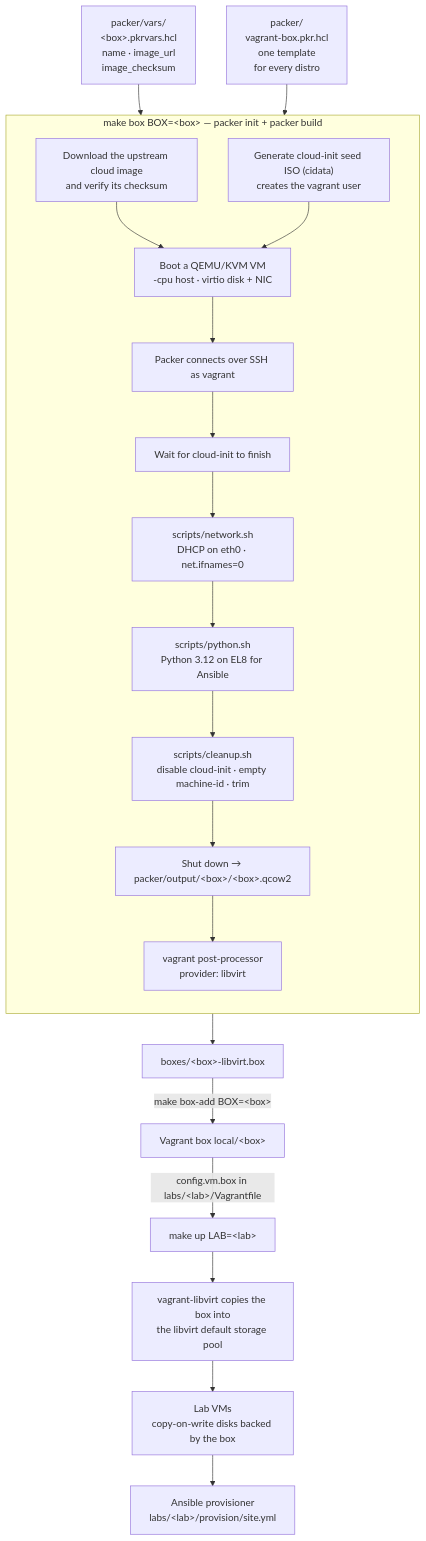
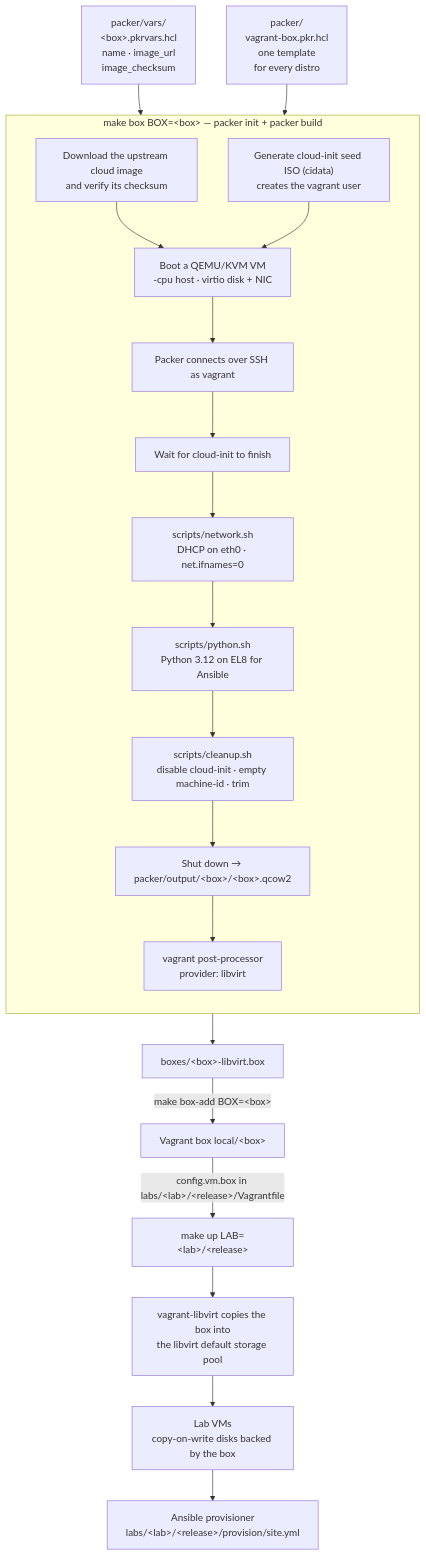
Before and after one commit to r-2st/linux-lab: the diagram in docs/building-boxes.md, drawn with Mermaid. The commit also changed other lines of this file and 17 other files, not shown here.

First line of the commit message:
Split cert-lab per distro release and add a Rocky 9.4 copy

````diff
--- a/docs/building-boxes.md
+++ b/docs/building-boxes.md
@@ -9,31 +9,31 @@
 ```mermaid
 flowchart TB
     vars["packer/vars/<br/>#lt;box#gt;.pkrvars.hcl<br/>name · image_url<br/>image_checksum"]
     tmpl["packer/<br/>vagrant-box.pkr.hcl<br/>one template<br/>for every distro"]
 
     subgraph build ["make box BOX=#lt;box#gt; — packer init + packer build"]
         direction TB
         dl["Download the upstream cloud image<br/>and verify its checksum"]
         seed["Generate cloud-init seed ISO (cidata)<br/>creates the vagrant user"]
         boot["Boot a QEMU/KVM VM<br/>-cpu host · virtio disk + NIC"]
         ssh["Packer connects over SSH as vagrant"]
         p1["Wait for cloud-init to finish"]
         p2["scripts/network.sh<br/>DHCP on eth0 · net.ifnames=0"]
         p3["scripts/python.sh<br/>Python 3.12 on EL8 for Ansible"]
         p4["scripts/cleanup.sh<br/>disable cloud-init · empty machine-id · trim"]
         qcow["Shut down → packer/output/#lt;box#gt;/#lt;box#gt;.qcow2"]
         pp["vagrant post-processor<br/>provider: libvirt"]
         dl --> boot
         seed --> boot
         boot --> ssh --> p1 --> p2 --> p3 --> p4 --> qcow --> pp
     end
 
     vars --> build
     tmpl --> build
     pp --> boxfile["boxes/#lt;box#gt;-libvirt.box"]
     boxfile -- "make box-add BOX=#lt;box#gt;" --> vbox["Vagrant box local/#lt;box#gt;"]
-    vbox -- "config.vm.box in labs/#lt;lab#gt;/Vagrantfile" --> up["make up LAB=#lt;lab#gt;"]
+    vbox -- "config.vm.box in labs/#lt;lab#gt;/#lt;release#gt;/Vagrantfile" --> up["make up LAB=#lt;lab#gt;/#lt;release#gt;"]
     up --> pool["vagrant-libvirt copies the box into<br/>the libvirt default storage pool"]
     pool --> vms["Lab VMs<br/>copy-on-write disks backed by the box"]
-    vms --> ansible["Ansible provisioner<br/>labs/#lt;lab#gt;/provision/site.yml"]
+    vms --> ansible["Ansible provisioner<br/>labs/#lt;lab#gt;/#lt;release#gt;/provision/site.yml"]
 ```
````
